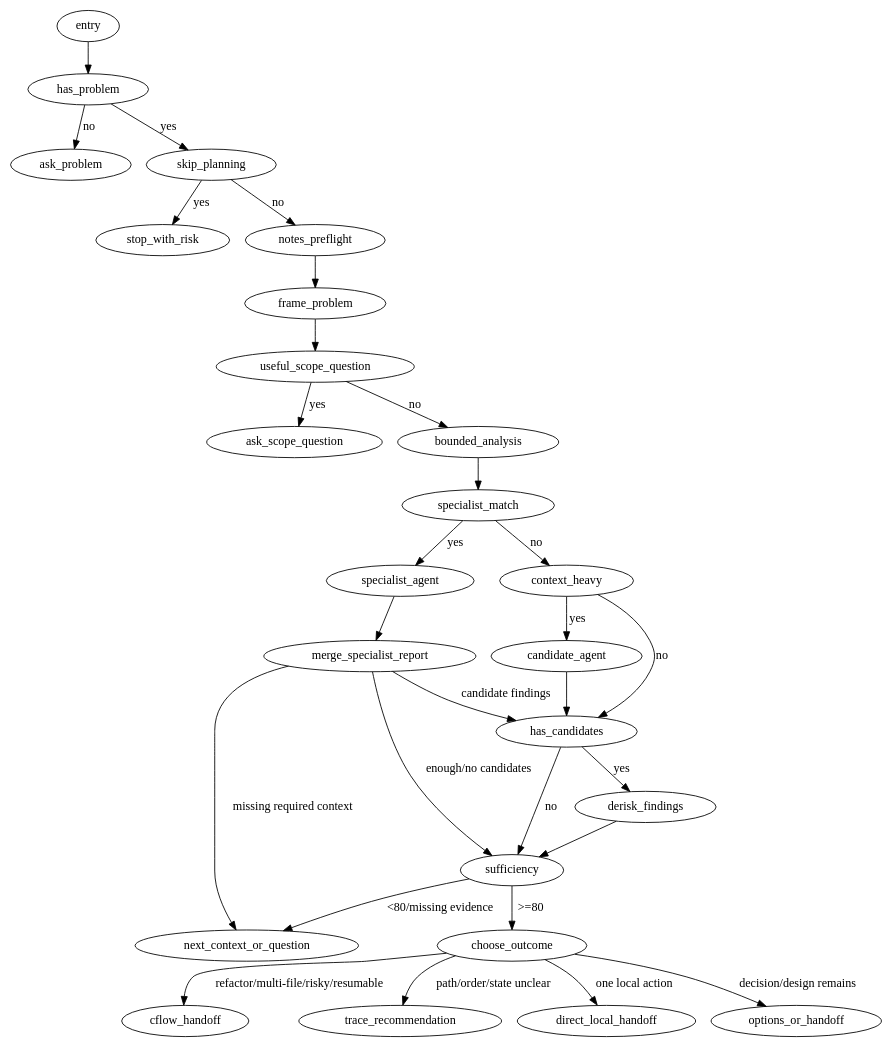
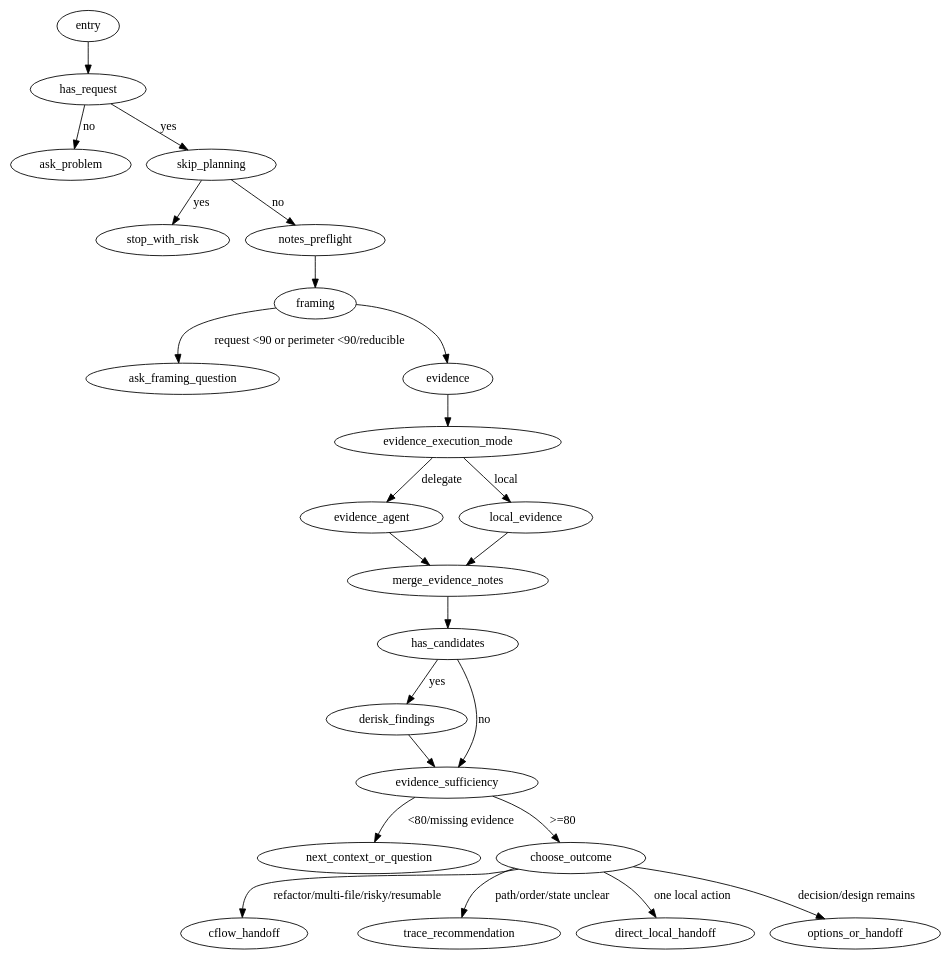
The diagram in docs/mr-wolf/doc-mr-wolf.flow.md (gualask/clean-flow), drawn with Graphviz before and after one commit. The commit also changed other lines of this file and 11 other files, not shown here.

````diff
--- a/docs/mr-wolf/doc-mr-wolf.flow.md
+++ b/docs/mr-wolf/doc-mr-wolf.flow.md
@@ -23,32 +26,27 @@
 ```dot
 digraph mr_wolf_runtime {
-  entry -> has_problem;
-  has_problem -> ask_problem [label="no"];
-  has_problem -> skip_planning [label="yes"];
+  entry -> has_request;
+  has_request -> ask_problem [label="no"];
+  has_request -> skip_planning [label="yes"];
   skip_planning -> stop_with_risk [label="yes"];
   skip_planning -> notes_preflight [label="no"];
-  notes_preflight -> frame_problem;
-  frame_problem -> useful_scope_question;
-  useful_scope_question -> ask_scope_question [label="yes"];
-  useful_scope_question -> bounded_analysis [label="no"];
-  bounded_analysis -> specialist_match;
-  specialist_match -> specialist_agent [label="yes"];
-  specialist_match -> context_heavy [label="no"];
-  specialist_agent -> merge_specialist_report;
-  merge_specialist_report -> has_candidates [label="candidate findings"];
-  merge_specialist_report -> sufficiency [label="enough/no candidates"];
-  merge_specialist_report -> next_context_or_question [label="missing required context"];
-  context_heavy -> candidate_agent [label="yes"];
-  context_heavy -> has_candidates [label="no"];
-  candidate_agent -> has_candidates;
+  notes_preflight -> framing;
+  framing -> ask_framing_question [label="request <90 or perimeter <90/reducible"];
+  framing -> evidence;
+  evidence -> evidence_execution_mode;
+  evidence_execution_mode -> evidence_agent [label="delegate"];
+  evidence_execution_mode -> local_evidence [label="local"];
+  evidence_agent -> merge_evidence_notes;
+  local_evidence -> merge_evidence_notes;
+  merge_evidence_notes -> has_candidates;
   has_candidates -> derisk_findings [label="yes"];
-  has_candidates -> sufficiency [label="no"];
-  derisk_findings -> sufficiency;
-  sufficiency -> next_context_or_question [label="<80/missing evidence"];
-  sufficiency -> choose_outcome [label=">=80"];
+  has_candidates -> evidence_sufficiency [label="no"];
+  derisk_findings -> evidence_sufficiency;
+  evidence_sufficiency -> next_context_or_question [label="<80/missing evidence"];
+  evidence_sufficiency -> choose_outcome [label=">=80"];
   choose_outcome -> cflow_handoff [label="refactor/multi-file/risky/resumable"];
   choose_outcome -> trace_recommendation [label="path/order/state unclear"];
   choose_outcome -> direct_local_handoff [label="one local action"];
   choose_outcome -> options_or_handoff [label="decision/design remains"];
 }
 ```
````
